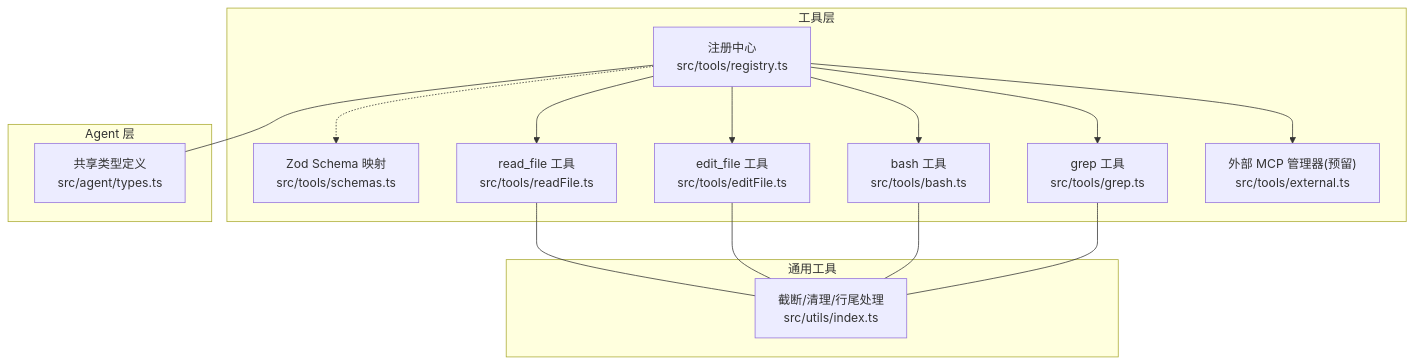
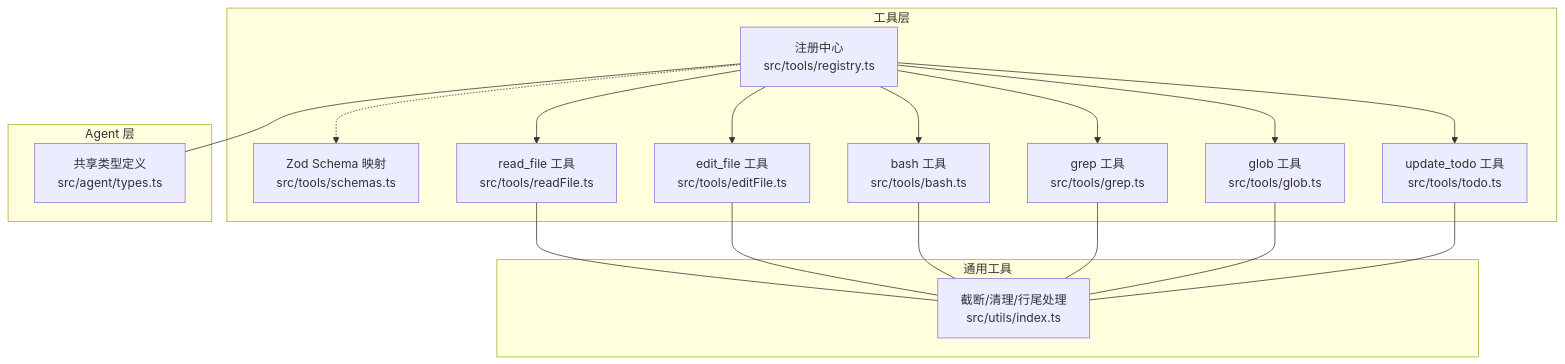
The first of 9 diagrams in .qoder/repowiki/zh/content/架构设计/工具系统架构/工具模式验证.md (matter000/Nexus), drawn with Mermaid before and after one commit. The commit also changed other lines of this file and 64 other files, not shown here.

````diff
--- a/.qoder/repowiki/zh/content/架构设计/工具系统架构/工具模式验证.md
+++ b/.qoder/repowiki/zh/content/架构设计/工具系统架构/工具模式验证.md
@@ -37,29 +48,33 @@
 ```mermaid
 graph TB
 subgraph "工具层"
 REG["注册中心<br/>src/tools/registry.ts"]
 SCHEMA["Zod Schema 映射<br/>src/tools/schemas.ts"]
 RF["read_file 工具<br/>src/tools/readFile.ts"]
 EF["edit_file 工具<br/>src/tools/editFile.ts"]
 BS["bash 工具<br/>src/tools/bash.ts"]
 GR["grep 工具<br/>src/tools/grep.ts"]
-EXT["外部 MCP 管理器(预留)<br/>src/tools/external.ts"]
+GL["glob 工具<br/>src/tools/glob.ts"]
+TD["update_todo 工具<br/>src/tools/todo.ts"]
 end
 subgraph "Agent 层"
 TYPES["共享类型定义<br/>src/agent/types.ts"]
 end
 subgraph "通用工具"
 UTILS["截断/清理/行尾处理<br/>src/utils/index.ts"]
 end
 REG --> RF
 REG --> EF
 REG --> BS
 REG --> GR
-REG --> EXT
+REG --> GL
+REG --> TD
 REG -.-> SCHEMA
 RF --- UTILS
 EF --- UTILS
 BS --- UTILS
 GR --- UTILS
+GL --- UTILS
+TD --- UTILS
 REG --- TYPES
 ```
````
